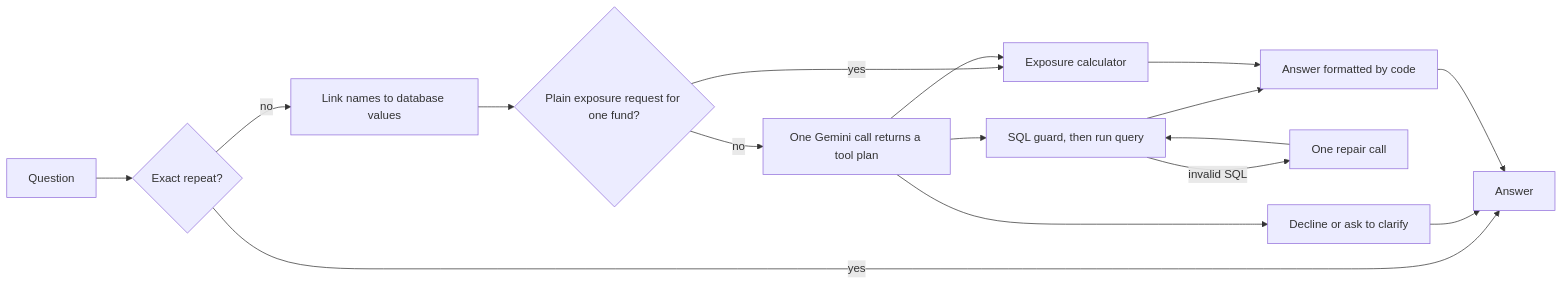
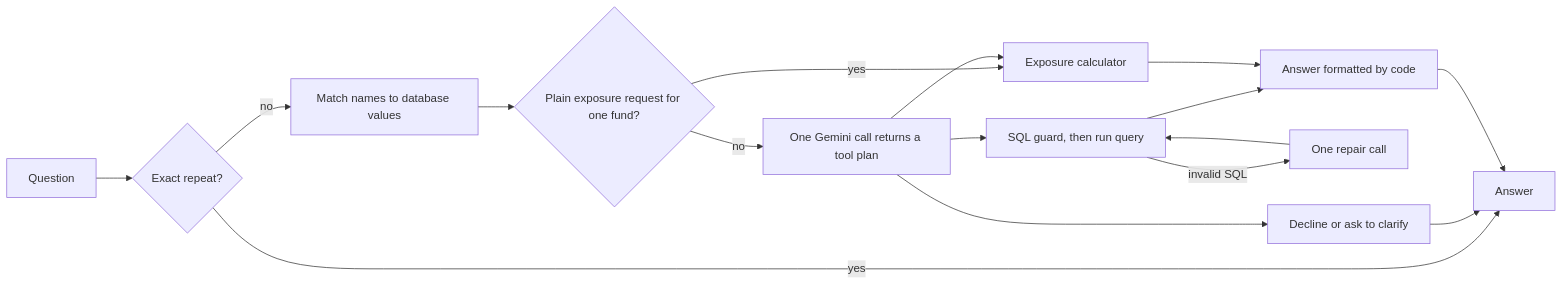
One commit to Mrudula211/portfolio-analytics-agent changed the diagram in README.md. Above: the diagram before and after it, drawn with Mermaid. The commit also changed other lines of this file and 7 other files, not shown here.

````diff
--- a/README.md
+++ b/README.md
@@ -73,18 +69,18 @@
 ```mermaid
 flowchart LR
     Q[Question] --> C{Exact repeat?}
     C -- yes --> A[Answer]
-    C -- no --> L[Link names to database values]
+    C -- no --> L[Match names to database values]
     L --> F{Plain exposure request for one fund?}
     F -- yes --> E[Exposure calculator]
     F -- no --> M[One Gemini call returns a tool plan]
     M --> S[SQL guard, then run query]
     M --> E
     M --> D[Decline or ask to clarify]
     S -- invalid SQL --> R[One repair call]
     R --> S
     S --> T[Answer formatted by code]
     E --> T
     D --> A
     T --> A
 ```
````
